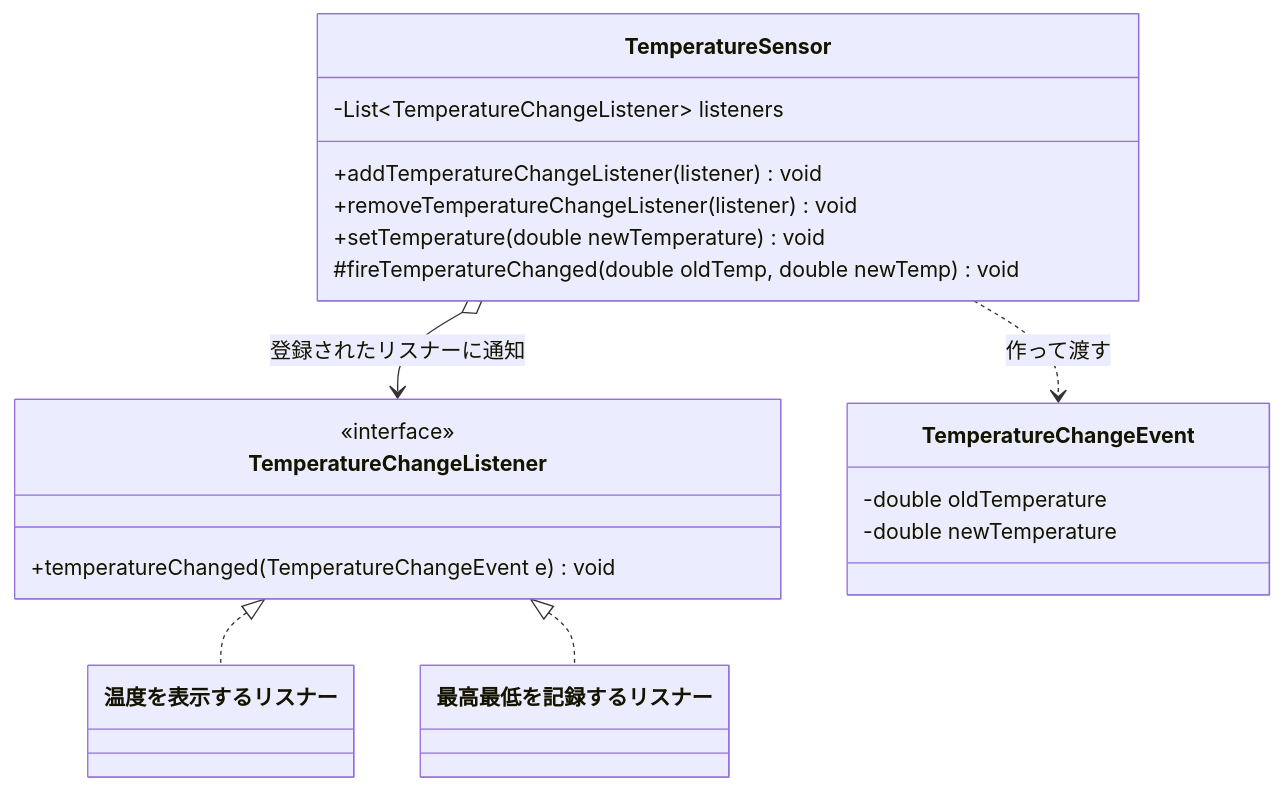
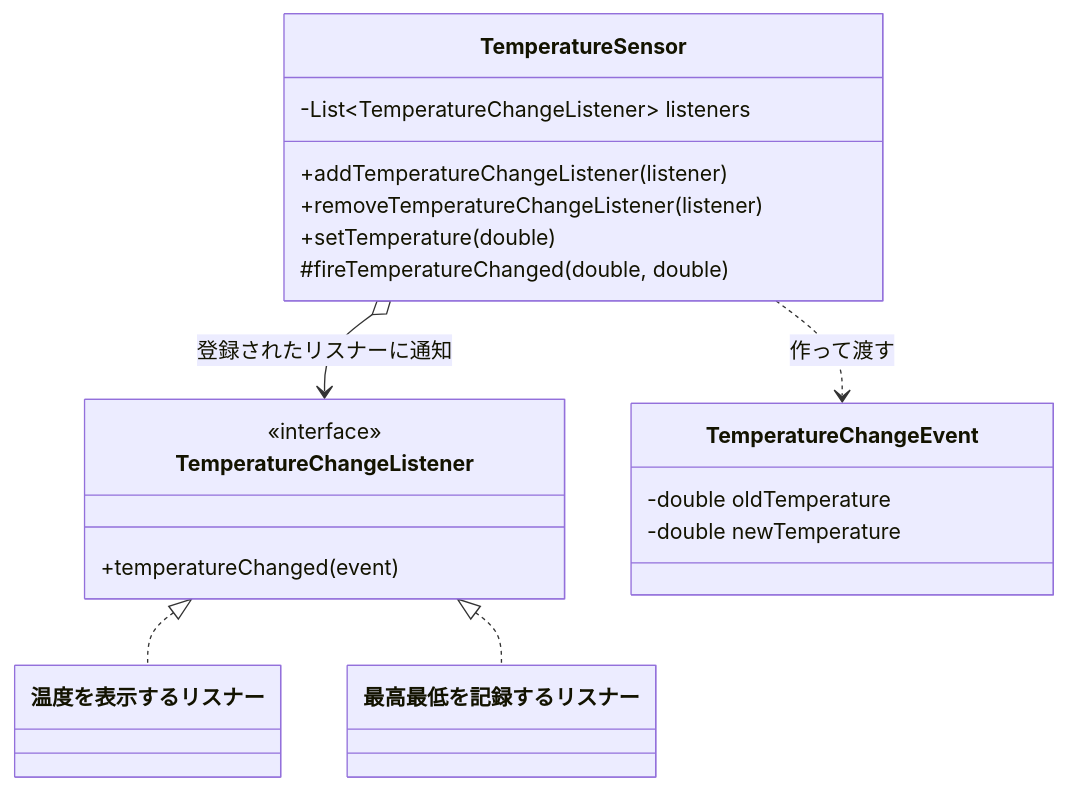
One commit to Nagatani/techbook-java-primer changed the diagram in docs/diagrams/chapter19-observer.mmd. Above: the diagram before and after it, drawn with Mermaid. The commit also changed 86 other files, not shown here.

First line of the commit message:
feat: 図の文字をBIZ UDPゴシックにする

```diff
--- a/docs/diagrams/chapter19-observer.mmd
+++ b/docs/diagrams/chapter19-observer.mmd
@@ -1,23 +1,23 @@
 classDiagram
     class TemperatureSensor {
         -List~TemperatureChangeListener~ listeners
-        +addTemperatureChangeListener(listener) void
-        +removeTemperatureChangeListener(listener) void
-        +setTemperature(double newTemperature) void
-        #fireTemperatureChanged(double oldTemp, double newTemp) void
+        +addTemperatureChangeListener(listener)
+        +removeTemperatureChangeListener(listener)
+        +setTemperature(double)
+        #fireTemperatureChanged(double, double)
     }
     class TemperatureChangeListener {
         <<interface>>
-        +temperatureChanged(TemperatureChangeEvent e) void
+        +temperatureChanged(event)
     }
     class TemperatureChangeEvent {
         -double oldTemperature
         -double newTemperature
     }
     class 温度を表示するリスナー
     class 最高最低を記録するリスナー
 
     TemperatureSensor o--> TemperatureChangeListener : 登録されたリスナーに通知
     TemperatureChangeListener <|.. 温度を表示するリスナー
     TemperatureChangeListener <|.. 最高最低を記録するリスナー
     TemperatureSensor ..> TemperatureChangeEvent : 作って渡す
```
